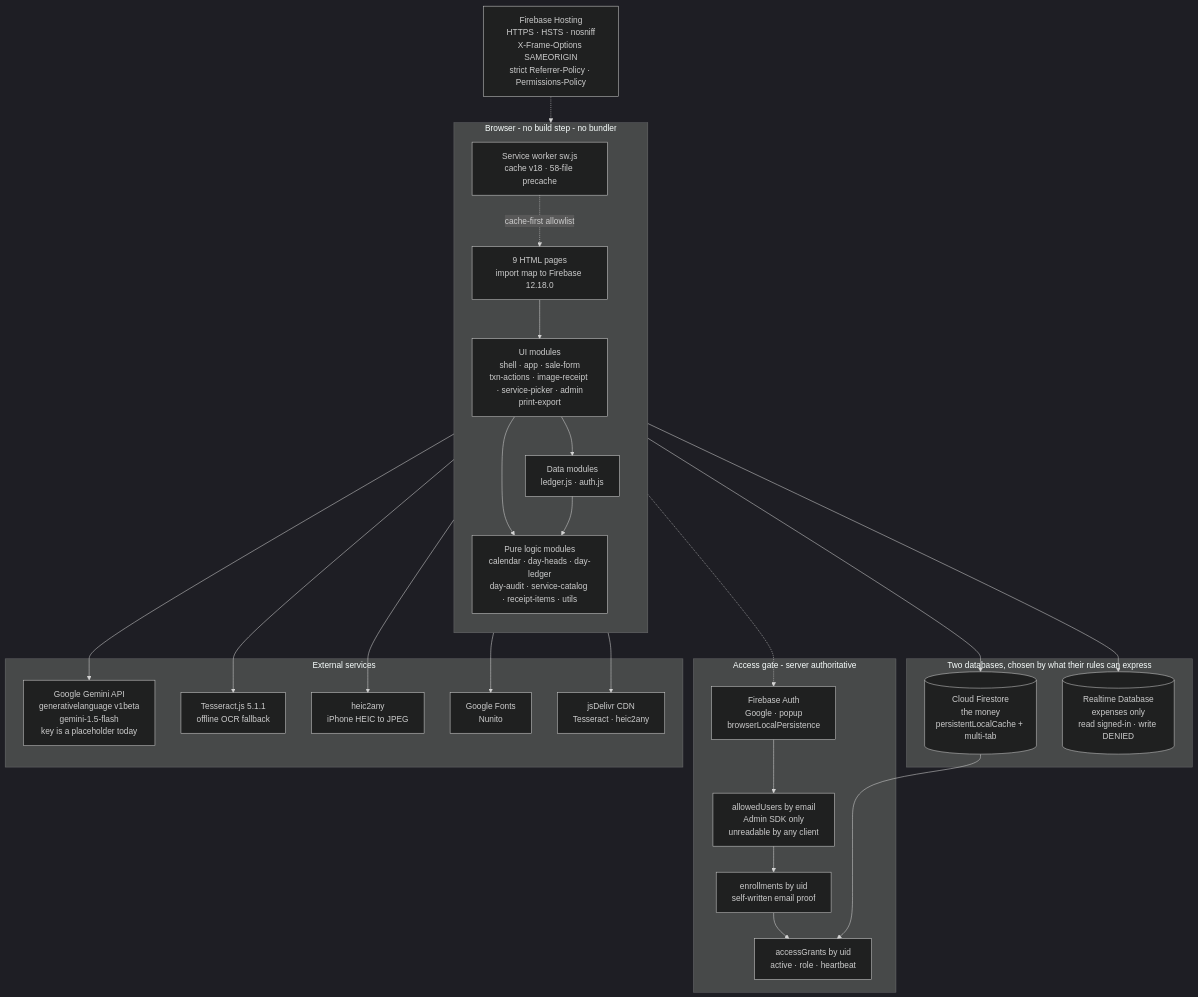
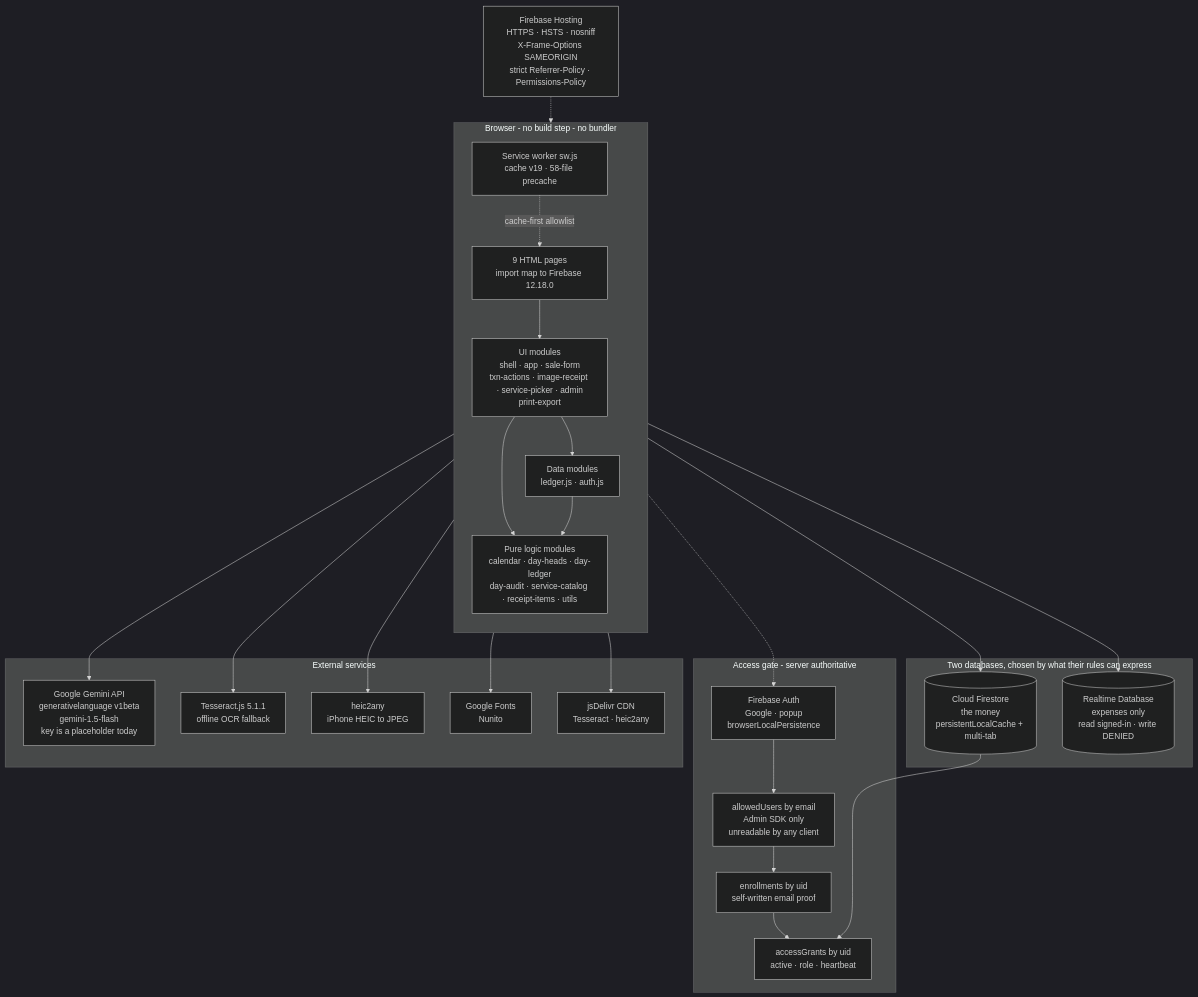
Before and after one commit to arshinmrelju/leadger: the sixth of 7 diagrams in README.md, drawn with Mermaid (dark theme). The commit also changed other lines of this file and 3 other files, not shown here.

````diff
--- a/README.md
+++ b/README.md
@@ -842,50 +842,50 @@
 ```mermaid
 flowchart TD
     subgraph CLIENT["Browser - no build step - no bundler"]
         direction TB
         HTML["9 HTML pages<br/>import map to Firebase 12.18.0"]
         PURE["Pure logic modules<br/>calendar · day-heads · day-ledger<br/>day-audit · service-catalog · receipt-items · utils"]
         UI["UI modules<br/>shell · app · sale-form<br/>txn-actions · image-receipt · service-picker · admin<br/>print-export"]
         IO["Data modules<br/>ledger.js · auth.js"]
-        SW["Service worker sw.js<br/>cache v18 · 58-file precache"]
+        SW["Service worker sw.js<br/>cache v19 · 58-file precache"]
         HTML --> UI
         UI --> IO
         UI --> PURE
         IO --> PURE
         SW -.->|cache-first allowlist| HTML
     end
 
     subgraph GATE["Access gate - server authoritative"]
         A1["Firebase Auth<br/>Google · popup<br/>browserLocalPersistence"]
         A2["allowedUsers by email<br/>Admin SDK only<br/>unreadable by any client"]
         A3["enrollments by uid<br/>self-written email proof"]
         A4["accessGrants by uid<br/>active · role · heartbeat"]
     end
 
     subgraph DATA["Two databases, chosen by what their rules can express"]
         FS[("Cloud Firestore<br/>the money<br/>persistentLocalCache + multi-tab")]
         RT[("Realtime Database<br/>expenses only<br/>read signed-in · write DENIED")]
     end
 
     subgraph EXT["External services"]
         GEM["Google Gemini API<br/>generativelanguage v1beta<br/>gemini-1.5-flash<br/>key is a placeholder today"]
         TESS["Tesseract.js 5.1.1<br/>offline OCR fallback"]
         HEIC["heic2any<br/>iPhone HEIC to JPEG"]
         FONT["Google Fonts<br/>Nunito"]
         GH["jsDelivr CDN<br/>Tesseract · heic2any"]
     end
 
     HOST["Firebase Hosting<br/>HTTPS · HSTS · nosniff<br/>X-Frame-Options SAMEORIGIN<br/>strict Referrer-Policy · Permissions-Policy"]
 
     HTML -.-> A1
     A1 --> A2 --> A3 --> A4
     IO --> FS
     IO --> RT
     UI --> GEM
     UI --> TESS
     UI --> HEIC
     HTML --> FONT
     SW --> GH
     HOST -.-> HTML
     FS --> A4
 ```
````
